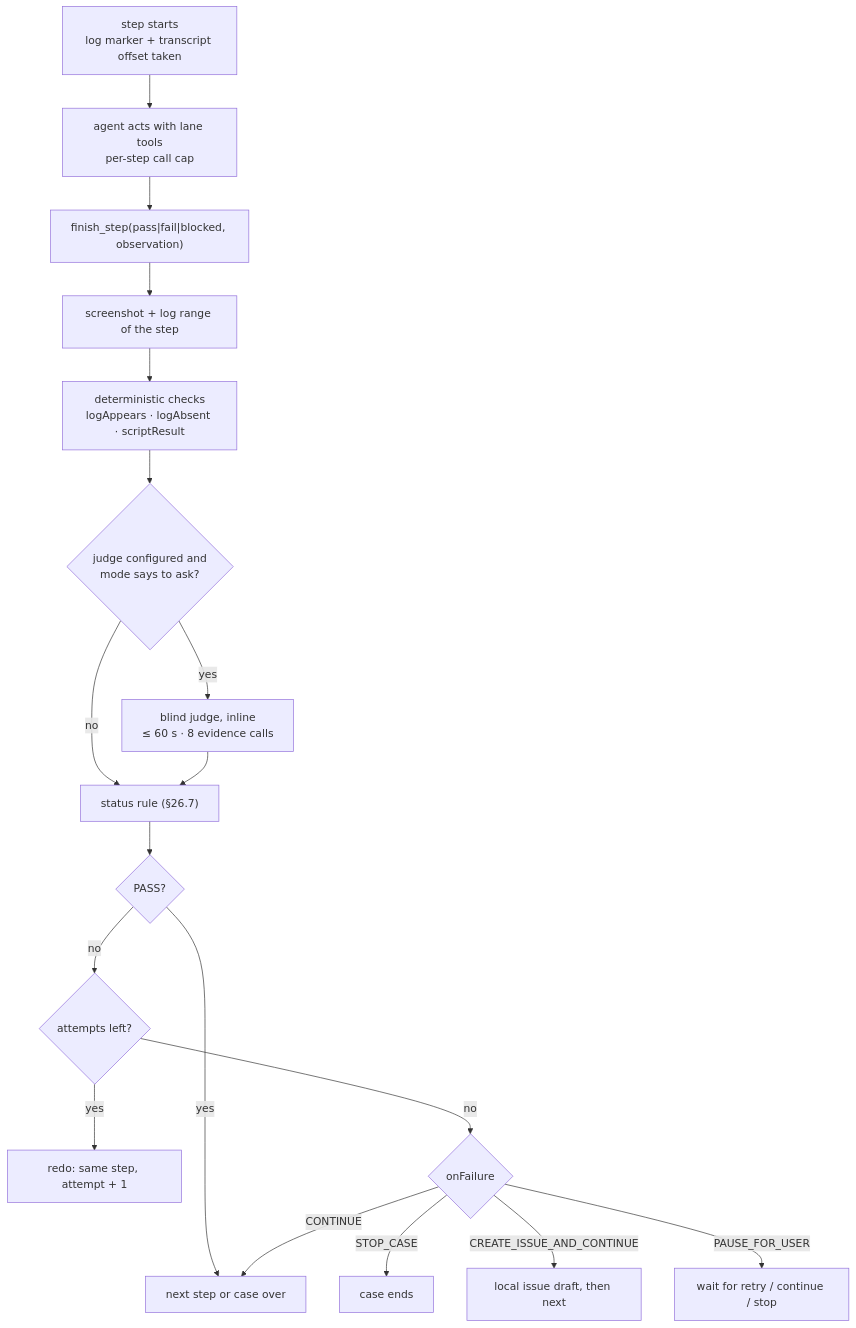
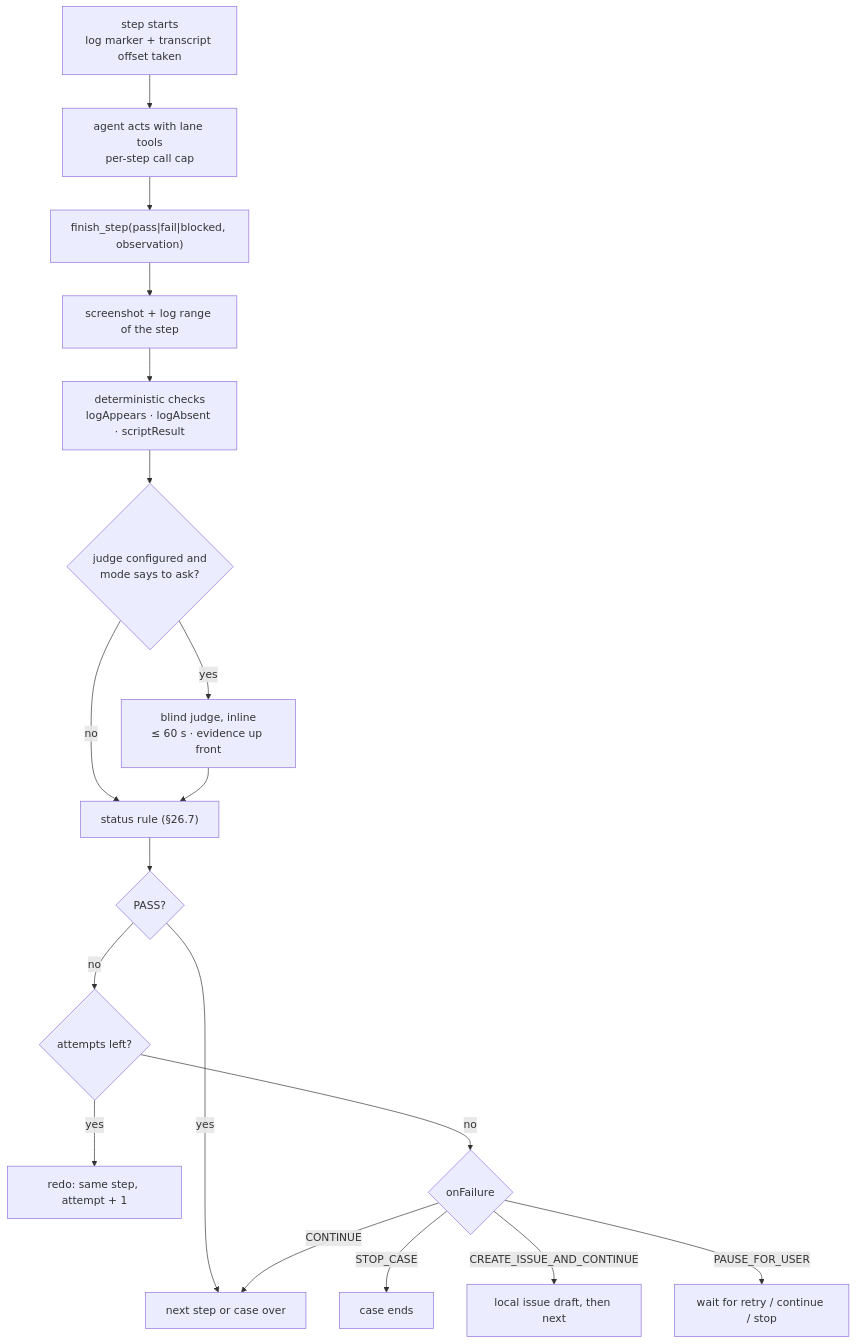
Diagram 16 of 17 in docs/SAAD.md (indagium/indagium), drawn with Mermaid before and after one commit. The commit also changed other lines of this file and 20 other files, not shown here.

First line of the commit message:
Give the AI judge its evidence up front, for every provider kind

````diff
--- a/docs/SAAD.md
+++ b/docs/SAAD.md
@@ -3349,20 +3350,20 @@
 ```mermaid
 flowchart TB
     start["step starts<br/>log marker + transcript offset taken"] --> act["agent acts with lane tools<br/>per-step call cap"]
     act --> fin["finish_step(pass|fail|blocked, observation)"]
     fin --> shot["screenshot + log range of the step"]
     shot --> det["deterministic checks<br/>logAppears · logAbsent · scriptResult"]
     det --> jq{"judge configured and<br/>mode says to ask?"}
-    jq -- yes --> jdg["blind judge, inline<br/>≤ 60 s · 8 evidence calls"]
+    jq -- yes --> jdg["blind judge, inline<br/>≤ 60 s · evidence up front"]
     jq -- no --> status
     jdg --> status["status rule (§26.7)"]
     status --> ok{"PASS?"}
     ok -- yes --> next["next step or case over"]
     ok -- no --> retry{"attempts left?"}
     retry -- yes --> redo["redo: same step, attempt + 1"]
     retry -- no --> onf{"onFailure"}
     onf -- STOP_CASE --> end1["case ends"]
     onf -- CONTINUE --> next
     onf -- CREATE_ISSUE_AND_CONTINUE --> draft["local issue draft, then next"]
     onf -- PAUSE_FOR_USER --> wait["wait for retry / continue / stop"]
 ```
````
